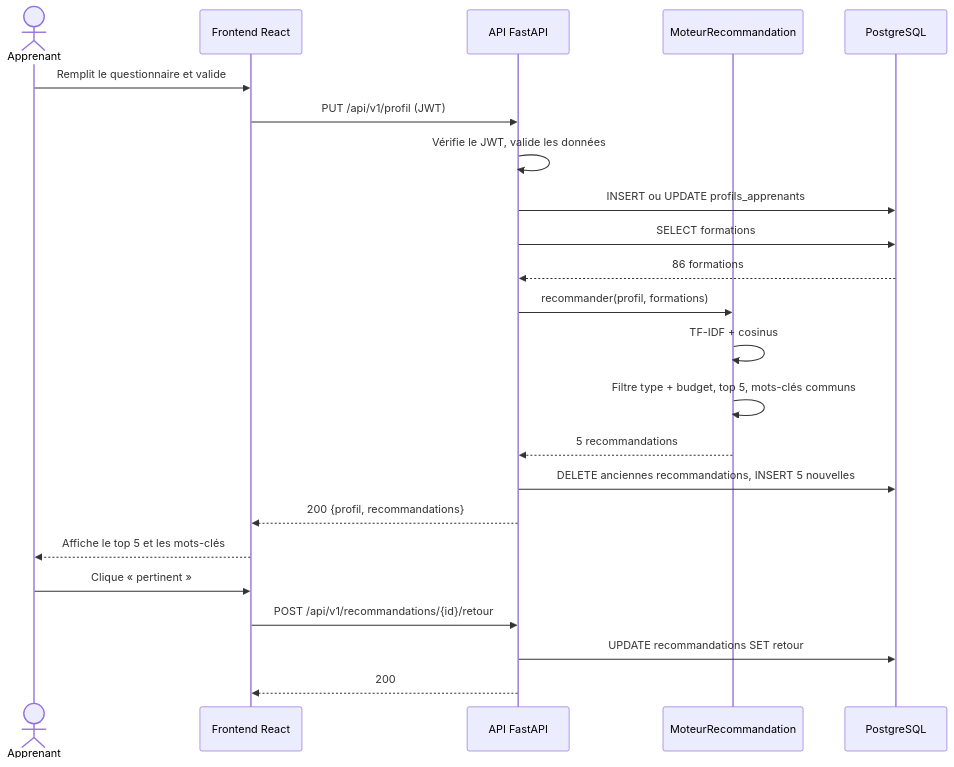
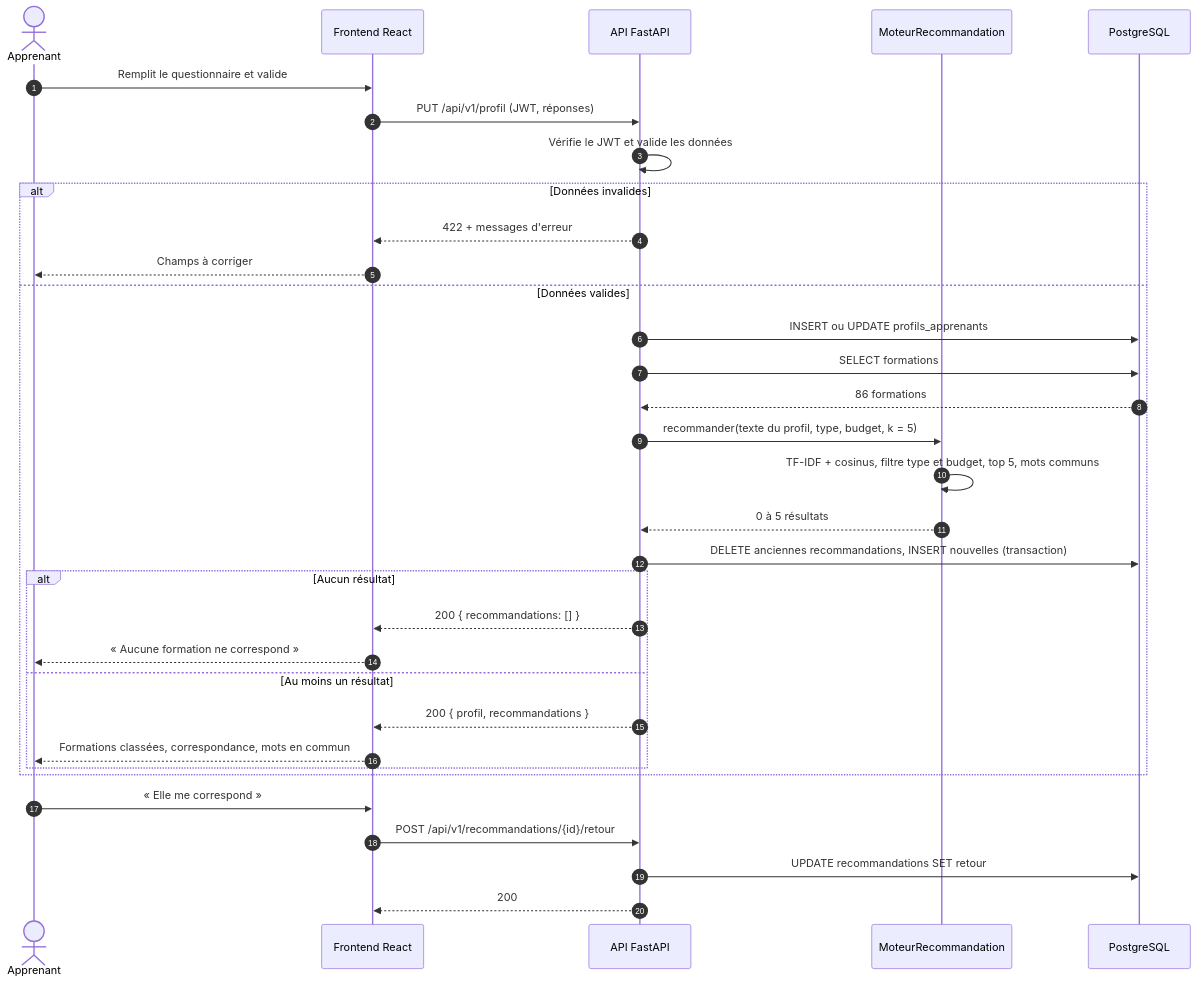
The third of 8 diagrams in docs/uml.md (martial-300/plateforme-formations-hitt), drawn with Mermaid before and after one commit. The commit also changed other lines of this file and 10 other files, not shown here.

First line of the commit message:
docs(uml): 8 diagrammes UML à jour, Mermaid et sources PlantUML (RF-01 à RF-13)

````diff
--- a/docs/uml.md
+++ b/docs/uml.md
@@ -117,26 +156,36 @@
 ```mermaid
 sequenceDiagram
+    autonumber
     actor A as Apprenant
     participant UI as Frontend React
     participant API as API FastAPI
     participant M as MoteurRecommandation
     participant DB as PostgreSQL
 
     A->>UI: Remplit le questionnaire et valide
-    UI->>API: PUT /api/v1/profil (JWT)
-    API->>API: Vérifie le JWT, valide les données
-    API->>DB: INSERT ou UPDATE profils_apprenants
-    API->>DB: SELECT formations
-    DB-->>API: 86 formations
-    API->>M: recommander(profil, formations)
-    M->>M: TF-IDF + cosinus
-    M->>M: Filtre type + budget, top 5, mots-clés communs
-    M-->>API: 5 recommandations
-    API->>DB: DELETE anciennes recommandations, INSERT 5 nouvelles
-    API-->>UI: 200 {profil, recommandations}
-    UI-->>A: Affiche le top 5 et les mots-clés
-    A->>UI: Clique « pertinent »
+    UI->>API: PUT /api/v1/profil (JWT, réponses)
+    API->>API: Vérifie le JWT et valide les données
+    alt Données invalides
+        API-->>UI: 422 + messages d'erreur
+        UI-->>A: Champs à corriger
+    else Données valides
+        API->>DB: INSERT ou UPDATE profils_apprenants
+        API->>DB: SELECT formations
+        DB-->>API: 86 formations
+        API->>M: recommander(texte du profil, type, budget, k = 5)
+        M->>M: TF-IDF + cosinus, filtre type et budget, top 5, mots communs
+        M-->>API: 0 à 5 résultats
+        API->>DB: DELETE anciennes recommandations, INSERT nouvelles (transaction)
+        alt Aucun résultat
+            API-->>UI: 200 { recommandations: [] }
+            UI-->>A: « Aucune formation ne correspond »
+        else Au moins un résultat
+            API-->>UI: 200 { profil, recommandations }
+            UI-->>A: Formations classées, correspondance, mots en commun
+        end
+    end
+    A->>UI: « Elle me correspond »
     UI->>API: POST /api/v1/recommandations/{id}/retour
     API->>DB: UPDATE recommandations SET retour
     API-->>UI: 200
 ```
````
